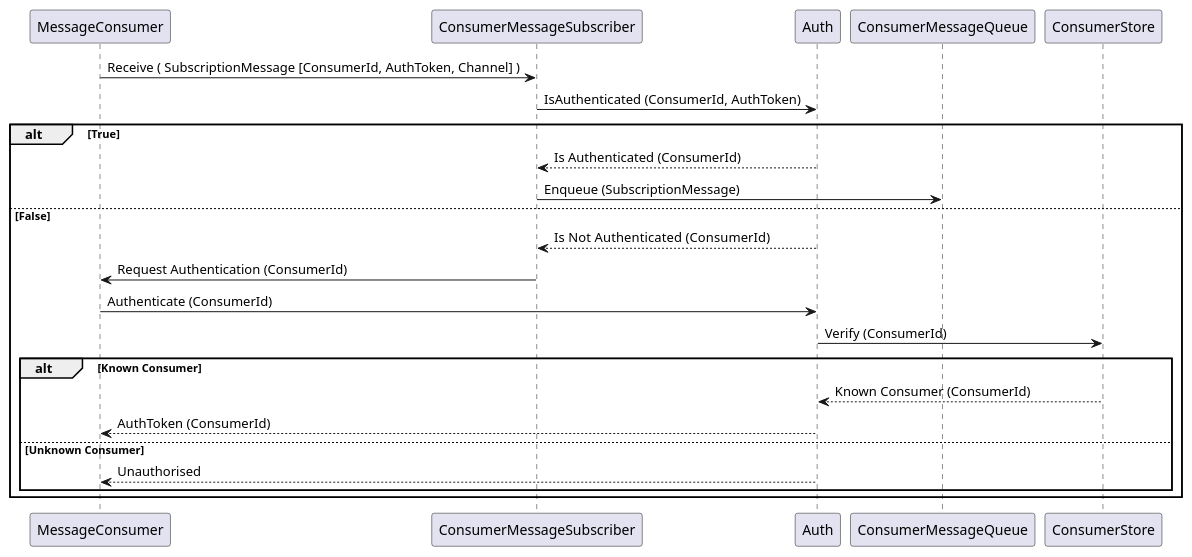
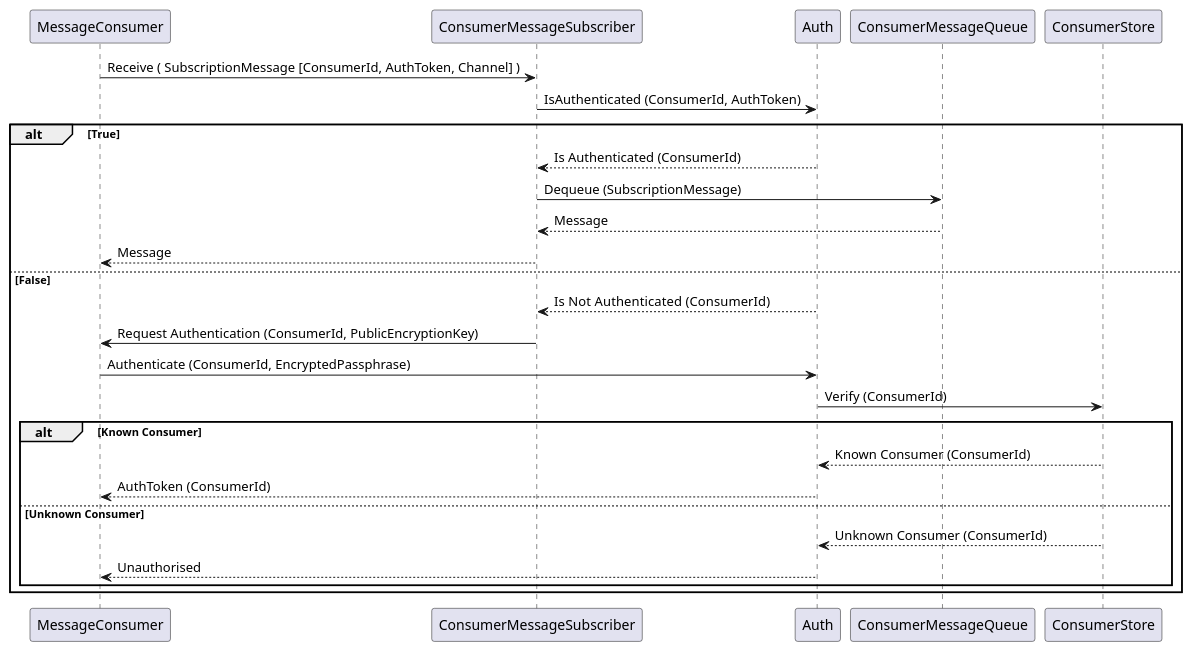
The diagram in docs/diagrams/src/consumer-subscription-receive.wsd (marchuanv/pulsyflux), drawn with PlantUML before and after one commit. The commit also changed 1 other file, not shown here.

```diff
--- a/docs/diagrams/src/consumer-subscription-receive.wsd
+++ b/docs/diagrams/src/consumer-subscription-receive.wsd
@@ -1,21 +1,24 @@
 @startuml architecture_overview
 
 MessageConsumer -> ConsumerMessageSubscriber: Receive ( SubscriptionMessage [ConsumerId, AuthToken, Channel] )
 ConsumerMessageSubscriber -> Auth: IsAuthenticated (ConsumerId, AuthToken)
 alt True
     Auth --> ConsumerMessageSubscriber: Is Authenticated (ConsumerId)
-    ConsumerMessageSubscriber -> ConsumerMessageQueue: Enqueue (SubscriptionMessage)
+    ConsumerMessageSubscriber -> ConsumerMessageQueue: Dequeue (SubscriptionMessage)
+    ConsumerMessageQueue --> ConsumerMessageSubscriber: Message
+    ConsumerMessageSubscriber --> MessageConsumer: Message
 else False
     Auth --> ConsumerMessageSubscriber: Is Not Authenticated  (ConsumerId)
-    ConsumerMessageSubscriber -> MessageConsumer: Request Authentication (ConsumerId)
-    MessageConsumer -> Auth: Authenticate (ConsumerId)
+    ConsumerMessageSubscriber -> MessageConsumer: Request Authentication (ConsumerId, PublicEncryptionKey)
+    MessageConsumer -> Auth: Authenticate (ConsumerId, EncryptedPassphrase)
     Auth -> ConsumerStore: Verify (ConsumerId)
     alt Known Consumer
         ConsumerStore --> Auth: Known Consumer (ConsumerId)
         Auth --> MessageConsumer: AuthToken (ConsumerId)
     else Unknown Consumer
+        ConsumerStore --> Auth: Unknown Consumer (ConsumerId)
         Auth --> MessageConsumer: Unauthorised
     end
 end
 
 @enduml
```
